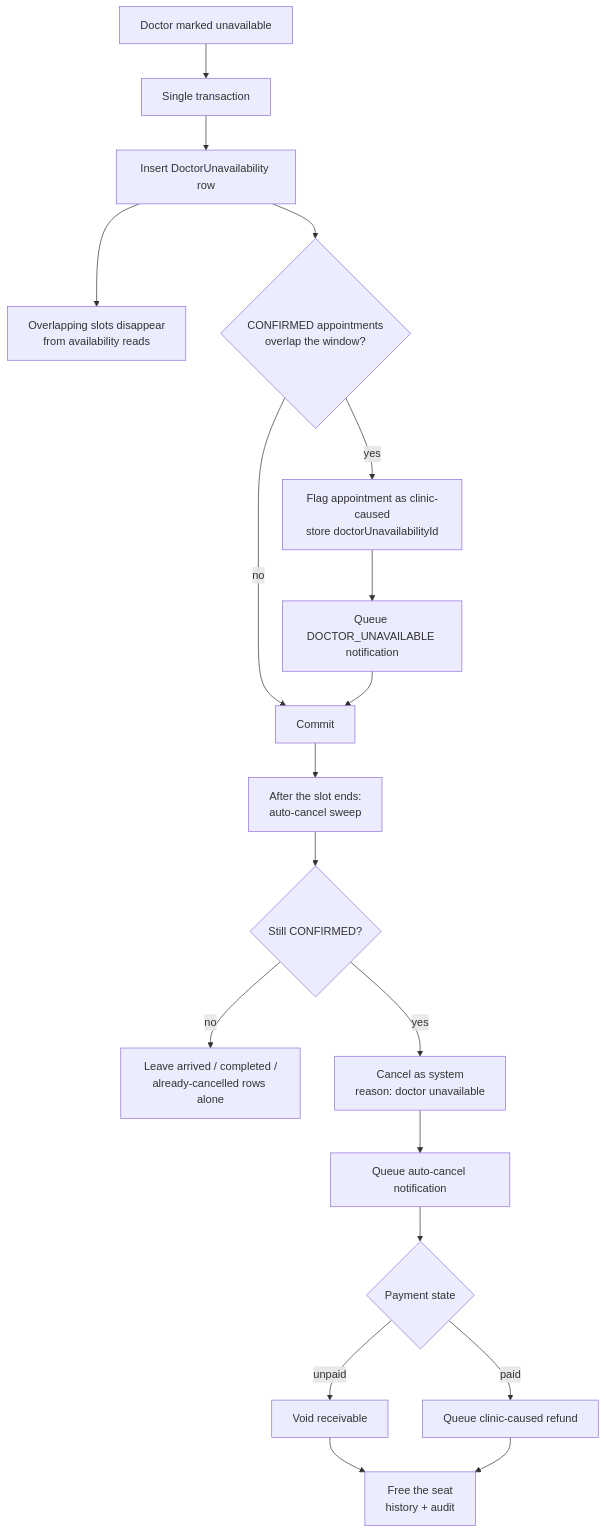
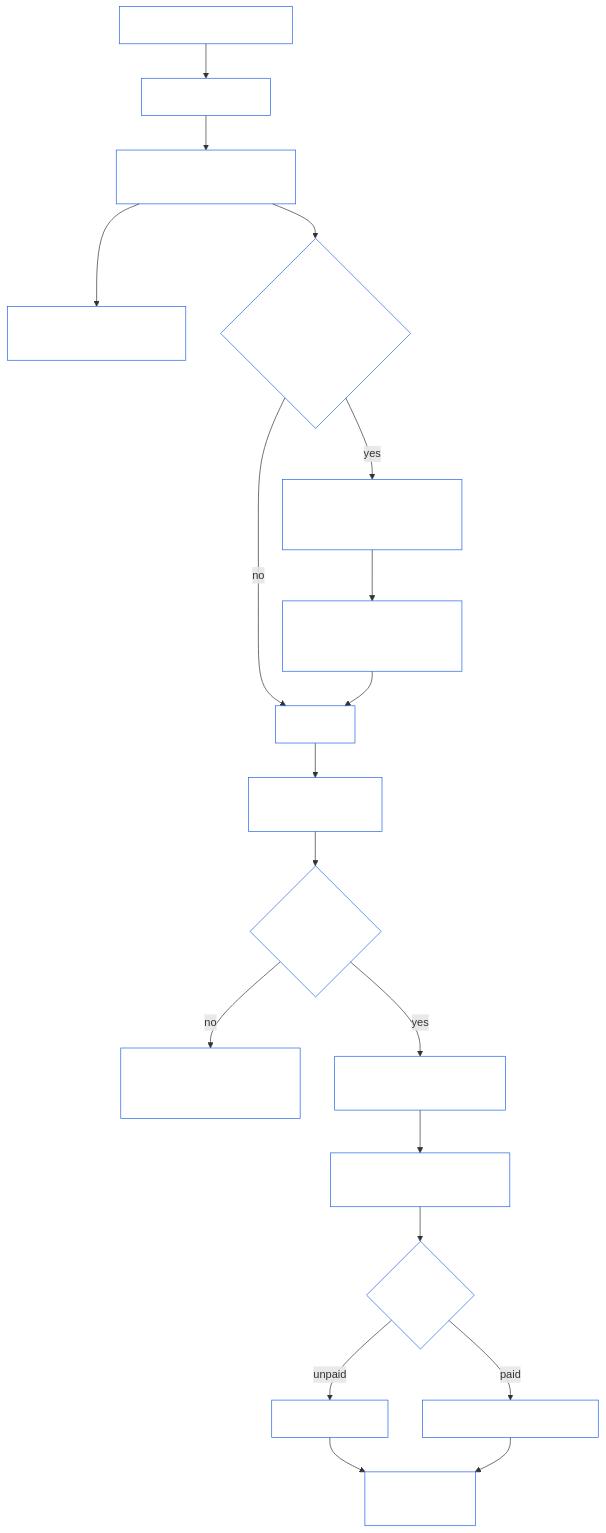
Before and after one commit to AbiDev2003/doctor-booking: the second of 7 diagrams in README.md, drawn with Mermaid. The commit also changed other lines of this file, not shown here.

Commit message:
docs: use blue borders for flowcharts

````diff
--- a/README.md
+++ b/README.md
@@ -91,21 +91,24 @@
 ```mermaid
 flowchart TD
     MARK["Doctor marked unavailable"] --> TX["Single transaction"]
     TX --> ROW["Insert DoctorUnavailability row"]
     ROW --> HIDE["Overlapping slots disappear<br/>from availability reads"]
     ROW --> IMPACT{"CONFIRMED appointments<br/>overlap the window?"}
     IMPACT -->|"no"| COMMIT["Commit"]
     IMPACT -->|"yes"| FLAG["Flag appointment as clinic-caused<br/>store doctorUnavailabilityId"]
     FLAG --> NOTIFY["Queue DOCTOR_UNAVAILABLE notification"]
     NOTIFY --> COMMIT
     COMMIT --> SWEEP["After the slot ends:<br/>auto-cancel sweep"]
     SWEEP --> STILL{"Still CONFIRMED?"}
     STILL -->|"no"| LEAVE["Leave arrived / completed /<br/>already-cancelled rows alone"]
     STILL -->|"yes"| CANCEL["Cancel as system<br/>reason: doctor unavailable"]
     CANCEL --> NOTICE["Queue auto-cancel notification"]
     NOTICE --> MONEY{"Payment state"}
     MONEY -->|"unpaid"| VOID["Void receivable"]
     MONEY -->|"paid"| REFUND["Queue clinic-caused refund"]
     VOID --> FINISH["Free the seat<br/>history + audit"]
     REFUND --> FINISH
+
+    classDef stage fill:transparent,stroke:#2563eb,stroke-width:1px,color:#fff
+    class MARK,TX,ROW,HIDE,IMPACT,COMMIT,FLAG,NOTIFY,SWEEP,STILL,LEAVE,CANCEL,NOTICE,MONEY,VOID,REFUND,FINISH stage
 ```
````
